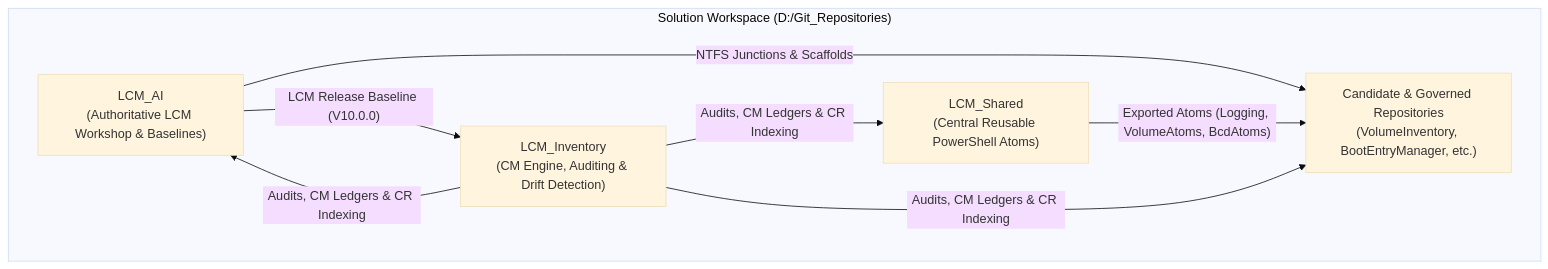
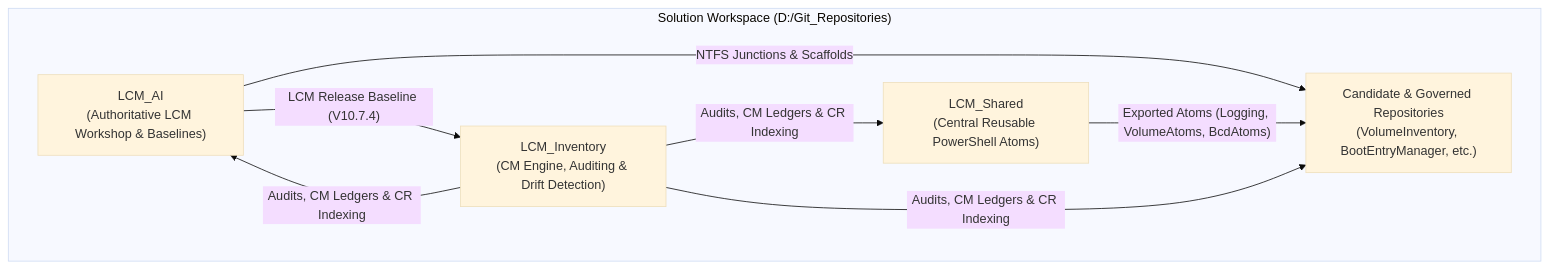
The diagram in .agents/ACTIVE_CONTEXT.md (rgbigel/LCM_AI), drawn with Mermaid (base theme) before and after one commit. The commit also changed other lines of this file and 17 other files, not shown here.

````diff
--- a/.agents/ACTIVE_CONTEXT.md
+++ b/.agents/ACTIVE_CONTEXT.md
@@ -14,15 +14,15 @@
 ```mermaid
 graph TB
     subgraph SolutionWorkspace["Solution Workspace (D:/Git_Repositories)"]
         WAI["LCM_AI<br/>(Authoritative LCM Workshop & Baselines)"]
         WI["LCM_Inventory<br/>(CM Engine, Auditing & Drift Detection)"]
         SM["LCM_Shared<br/>(Central Reusable PowerShell Atoms)"]
         REPOS["Candidate & Governed Repositories<br/>(VolumeInventory, BootEntryManager, etc.)"]
     end
 
-    WAI -->|"LCM Release Baseline (V10.0.0)"| WI
+    WAI -->|"LCM Release Baseline (V10.7.4)"| WI
     WAI -->|"NTFS Junctions & Scaffolds"| REPOS
     SM -->|"Exported Atoms (Logging, VolumeAtoms, BcdAtoms)"| REPOS
     WI -->|"Audits, CM Ledgers & CR Indexing"| REPOS & WAI & SM
 
 ```
````
